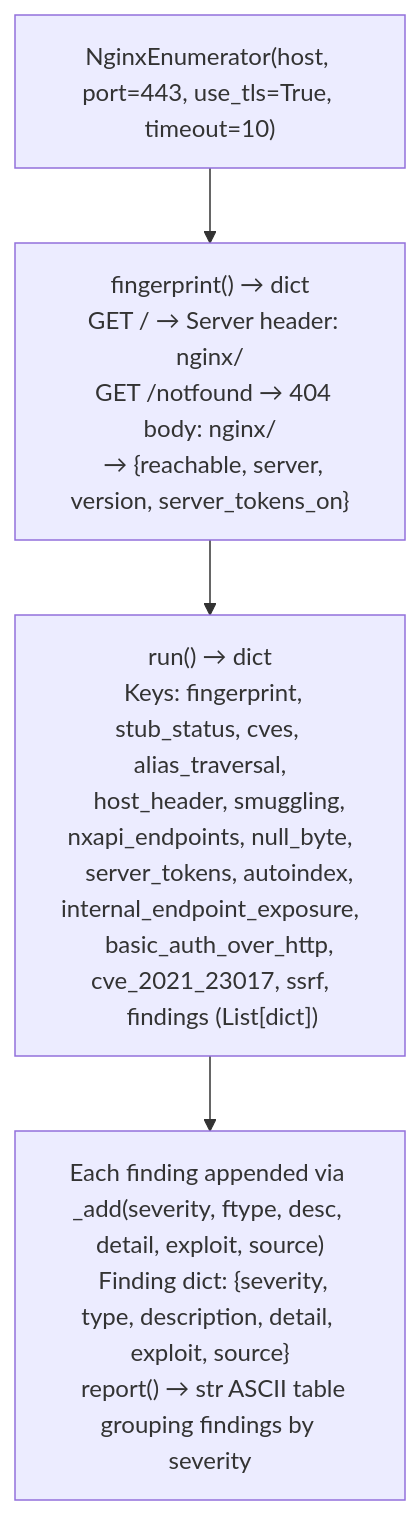
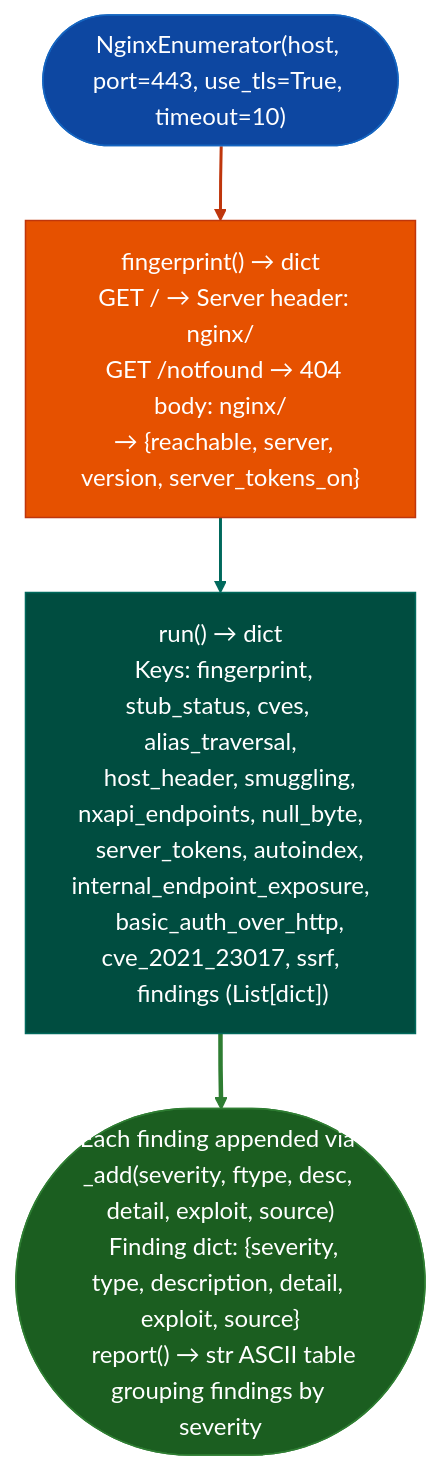
The diagram in docs/reference-modules/nginx-enum.md (Ablation-Tool/ablation), drawn with Mermaid before and after one commit. The commit also changed 320 other files, not shown here.

First line of the commit message:
docs: apply canonical Mermaid template to all 321 diagrams

````diff
--- a/docs/reference-modules/nginx-enum.md
+++ b/docs/reference-modules/nginx-enum.md
@@ -19,6 +19,15 @@
 ```mermaid
 flowchart TD
-    A["NginxEnumerator(host, port=443, use_tls=True, timeout=10)"] --> B["fingerprint() → dict\n  GET / → Server header: nginx/<version>\n  GET /notfound → 404 body: nginx/<version>\n  → {reachable, server, version, server_tokens_on}"]
-    B --> C["run() → dict\n  Keys: fingerprint, stub_status, cves, alias_traversal,\n    host_header, smuggling, nxapi_endpoints, null_byte,\n    server_tokens, autoindex, internal_endpoint_exposure,\n    basic_auth_over_http, cve_2021_23017, ssrf,\n    findings (List[dict])"]
-    C --> D["Each finding appended via _add(severity, ftype, desc, detail, exploit, source)\n  Finding dict: {severity, type, description, detail, exploit, source}\n  report() → str ASCII table grouping findings by severity"]
+    A(["NginxEnumerator(host, port=443, use_tls=True, timeout=10)"]):::input --> B["fingerprint() → dict\n  GET / → Server header: nginx/<version>\n  GET /notfound → 404 body: nginx/<version>\n  → {reachable, server, version, server_tokens_on}"]:::primary
+    B:::primary --> C["run() → dict\n  Keys: fingerprint, stub_status, cves, alias_traversal,\n    host_header, smuggling, nxapi_endpoints, null_byte,\n    server_tokens, autoindex, internal_endpoint_exposure,\n    basic_auth_over_http, cve_2021_23017, ssrf,\n    findings (List[dict])"]:::secondary
+    C:::secondary --> D(["Each finding appended via _add(severity, ftype, desc, detail, exploit, source)\n  Finding dict: {severity, type, description, detail, exploit, source}\n  report() → str ASCII table grouping findings by severity"]):::output
+    classDef input     fill:#0d47a1,stroke:#1565c0,color:#fff
+    classDef primary   fill:#e65100,stroke:#bf360c,color:#fff
+    classDef secondary fill:#004d40,stroke:#00695c,color:#fff
+    classDef tertiary  fill:#4a148c,stroke:#6a1b9a,color:#fff
+    classDef neutral   fill:#37474f,stroke:#546e7a,color:#fff
+    classDef output    fill:#1b5e20,stroke:#2e7d32,color:#fff
+    linkStyle 0 stroke:#bf360c,stroke-width:2px
+    linkStyle 1 stroke:#00695c,stroke-width:2px
+    linkStyle 2 stroke:#2e7d32,stroke-width:3px
 ```
````
